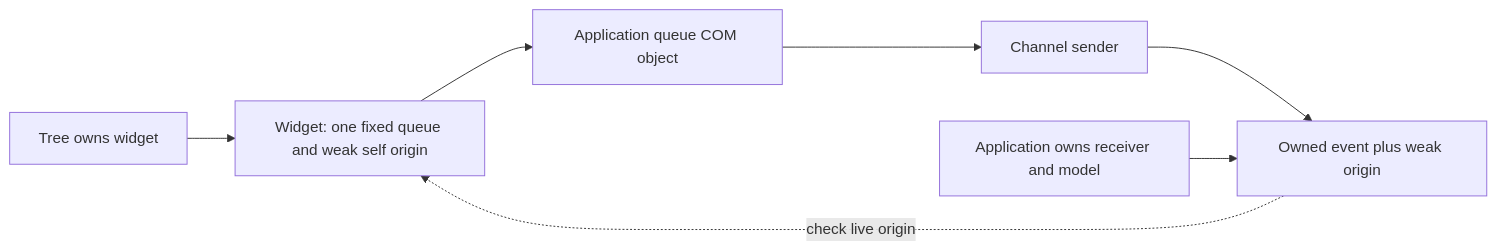
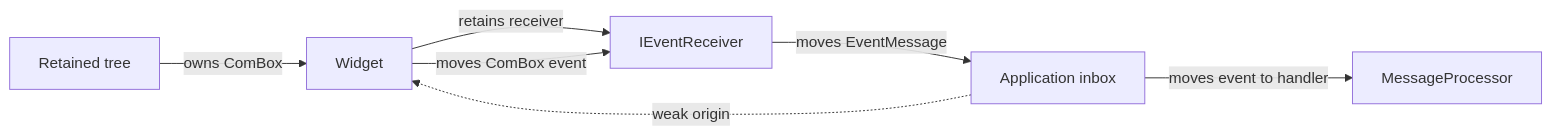
The first of 2 diagrams in docs/contracts/CLASS_EVENT_STREAMS.md (NeoCogi/neocogi-ui), drawn with Mermaid before and after one commit. The commit also changed other lines of this file and 77 other files, not shown here.

````diff
--- a/docs/contracts/CLASS_EVENT_STREAMS.md
+++ b/docs/contracts/CLASS_EVENT_STREAMS.md
@@ -99,9 +64,9 @@
 ```mermaid
 flowchart LR
-    Tree["Tree owns widget"] --> Widget["Widget: one fixed queue and weak self origin"]
-    Widget --> Queue["Application queue COM object"]
-    Queue --> Sender["Channel sender"]
-    Sender --> Message["Owned event plus weak origin"]
-    Message -. "check live origin" .-> Widget
-    Consumer["Application owns receiver and model"] --> Message
+    Tree["Retained tree"] -->|owns ComBox| Widget["Widget"]
+    Widget -->|retains receiver| Queue["IEventReceiver"]
+    Widget -->|moves ComBox event| Queue
+    Queue -->|moves EventMessage| Inbox["Application inbox"]
+    Inbox -->|moves event to handler| Handler["MessageProcessor"]
+    Inbox -.->|weak origin| Widget
 ```
````
